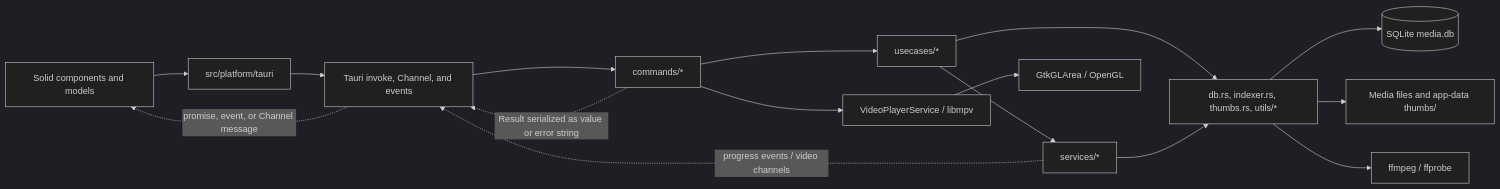
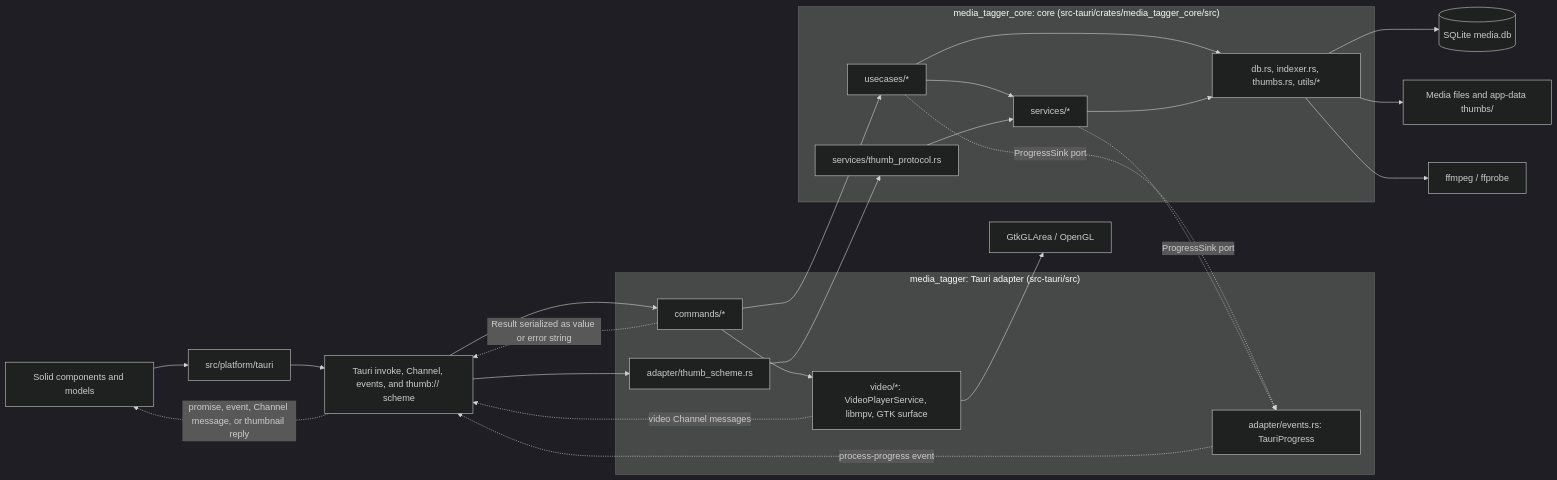
Before and after one commit to DawidRoguziak/tagrove: the first of 2 diagrams in docs/architecture/system-overview.md, drawn with Mermaid (dark theme). The commit also changed other lines of this file and 46 other files, not shown here.

````diff
--- a/docs/architecture/system-overview.md
+++ b/docs/architecture/system-overview.md
@@ -11,28 +11,44 @@
 ```mermaid
 flowchart LR
     UI["Solid components and models"]
     API["src/platform/tauri"]
-    IPC["Tauri invoke, Channel, and events"]
-    CMD["commands/*"]
-    UC["usecases/*"]
-    SVC["services/*"]
-    CORE["db.rs, indexer.rs, thumbs.rs, utils/*"]
+    IPC["Tauri invoke, Channel, events, and thumb:// scheme"]
+
+    subgraph ADAPTER["media_tagger: Tauri adapter (src-tauri/src)"]
+        CMD["commands/*"]
+        EVT["adapter/events.rs: TauriProgress"]
+        SCHEME["adapter/thumb_scheme.rs"]
+        VIDEO["video/*: VideoPlayerService, libmpv, GTK surface"]
+    end
+
+    subgraph COREPKG["media_tagger_core: core (src-tauri/crates/media_tagger_core/src)"]
+        UC["usecases/*"]
+        SVC["services/*"]
+        TP["services/thumb_protocol.rs"]
+        CORE["db.rs, indexer.rs, thumbs.rs, utils/*"]
+    end
+
     DB[("SQLite media.db")]
     FS["Media files and app-data thumbs/"]
     TOOLS["ffmpeg / ffprobe"]
-    VIDEO["VideoPlayerService / libmpv"]
     GTK["GtkGLArea / OpenGL"]
 
-    UI --> API --> IPC --> CMD
+    UI --> API --> IPC
+    IPC --> CMD
+    IPC --> SCHEME
     CMD --> UC
     UC --> SVC
     UC --> CORE
     SVC --> CORE
+    SCHEME --> TP --> SVC
     CORE --> DB
     CORE --> FS
     CORE --> TOOLS
     CMD --> VIDEO --> GTK
+    UC -. "ProgressSink port" .-> EVT
+    SVC -. "ProgressSink port" .-> EVT
+    EVT -. "process-progress event" .-> IPC
+    VIDEO -. "video Channel messages" .-> IPC
     CMD -. "Result serialized as value or error string" .-> IPC
-    SVC -. "progress events / video channels" .-> IPC
-    IPC -. "promise, event, or Channel message" .-> UI
+    IPC -. "promise, event, Channel message, or thumbnail reply" .-> UI
 ```
````
